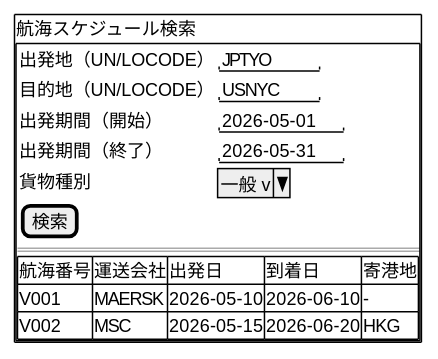
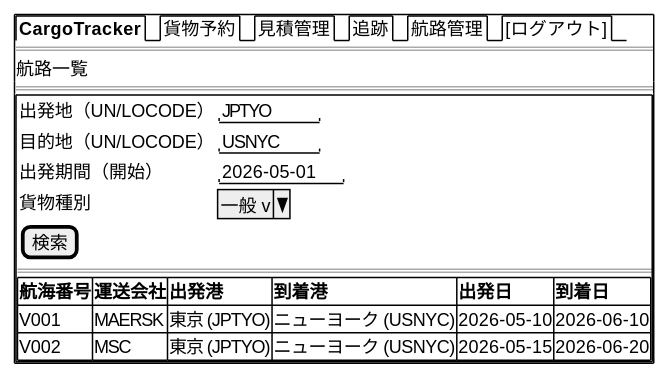
Before and after one commit to k2works/case-study-cargo-tracker: the fifth of 7 diagrams in docs/development/iteration_plan-4.md, drawn with PlantUML. The commit also changed other lines of this file, not shown here.

````diff
--- a/docs/development/iteration_plan-4.md
+++ b/docs/development/iteration_plan-4.md
@@ -255,23 +288,25 @@
 ```plantuml
 @startsalt
 {+
-  航海スケジュール検索
+  {/ <b>CargoTracker</b> | 貨物予約 | 見積管理 | 追跡 | 航路管理 | [ログアウト] }
+  ====
+  航路一覧
+  ====
   {+
     {
       出発地（UN/LOCODE）  | "JPTYO   "
       目的地（UN/LOCODE）  | "USNYC   "
       出発期間（開始）     | "2026-05-01"
-      出発期間（終了）     | "2026-05-31"
       貨物種別            | ^一般 v^
       [ 検索 ]
     }
     ========================
     {#
-      航海番号 | 運送会社 | 出発日 | 到着日 | 寄港地
-      V001  | MAERSK  | 2026-05-10 | 2026-06-10 | -
-      V002  | MSC     | 2026-05-15 | 2026-06-20 | HKG
+      **航海番号** | **運送会社** | **出発港** | **到着港** | **出発日** | **到着日**
+      V001  | MAERSK  | 東京 (JPTYO) | ニューヨーク (USNYC) | 2026-05-10 | 2026-06-10
+      V002  | MSC     | 東京 (JPTYO) | ニューヨーク (USNYC) | 2026-05-15 | 2026-06-20
     }
   }
 }
 @endsalt
 ```
````
